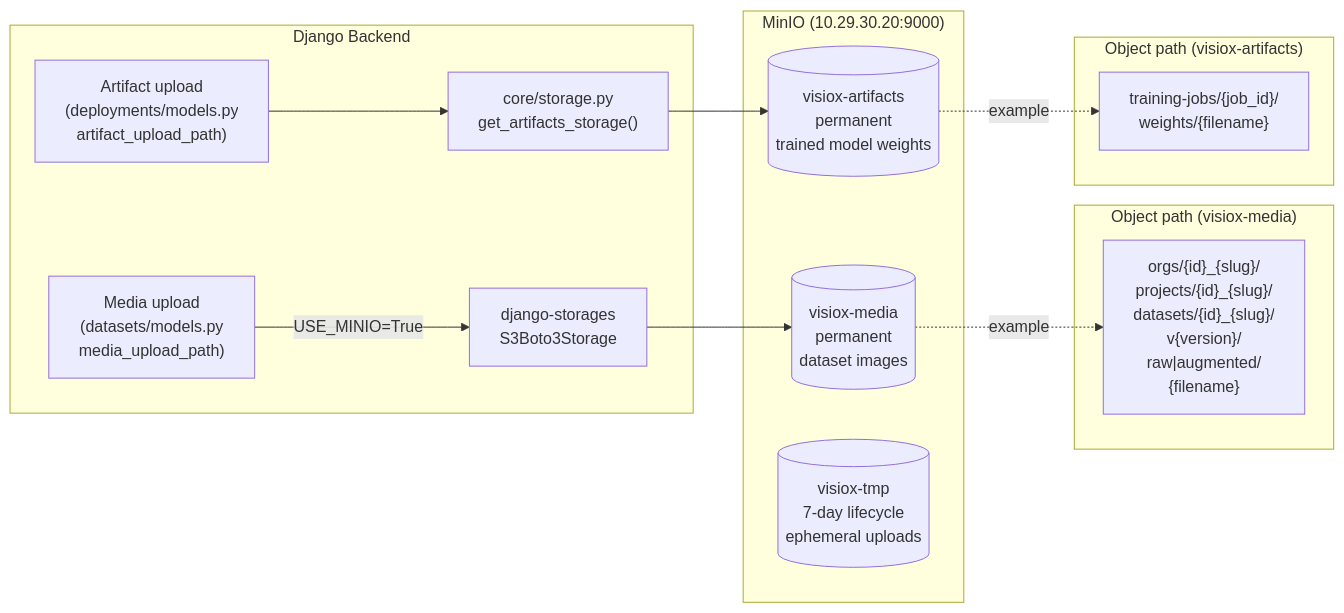
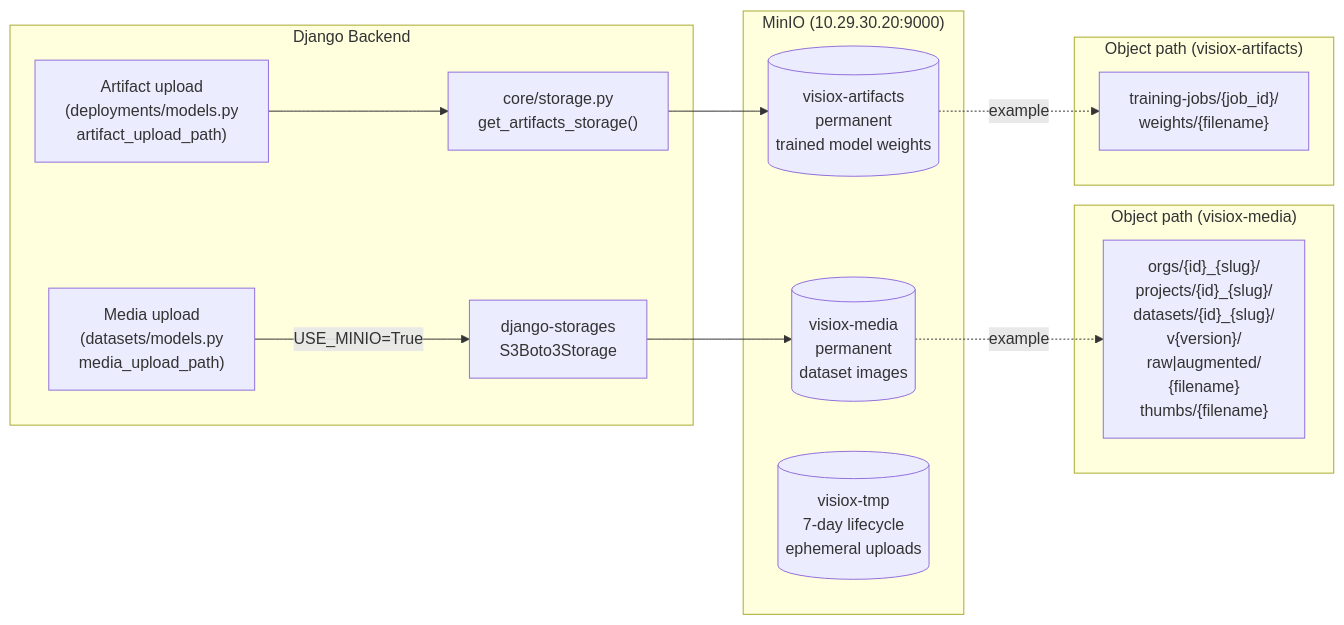
Before and after one commit to the-visiox/visiox: diagram 12 of 12 in docs/ARCHITECTURE_DIAGRAMS.md, drawn with Mermaid. The commit also changed 11 other files, not shown here.

````diff
--- a/docs/ARCHITECTURE_DIAGRAMS.md
+++ b/docs/ARCHITECTURE_DIAGRAMS.md
@@ -504,29 +504,29 @@
 ```mermaid
 flowchart LR
     subgraph Django["Django Backend"]
         Upload["Media upload\n(datasets/models.py\nmedia_upload_path)"]
         ArtifactUpload["Artifact upload\n(deployments/models.py\nartifact_upload_path)"]
         Storage["django-storages\nS3Boto3Storage"]
         ArtifactStorage["core/storage.py\nget_artifacts_storage()"]
     end
 
     subgraph MinIO["MinIO  (10.29.30.20:9000)"]
         M1[("visiox-media\npermanent\ndataset images")]
         M2[("visiox-artifacts\npermanent\ntrained model weights")]
         M3[("visiox-tmp\n7-day lifecycle\nephemeral uploads")]
     end
 
     Upload -->|"USE_MINIO=True"| Storage --> M1
     ArtifactUpload --> ArtifactStorage --> M2
 
     subgraph Path["Object path  (visiox-media)"]
-        P["orgs/{id}_{slug}/\n  projects/{id}_{slug}/\n    datasets/{id}_{slug}/\n      v{version}/\n        raw|augmented/\n          {filename}"]
+        P["orgs/{id}_{slug}/\n  projects/{id}_{slug}/\n    datasets/{id}_{slug}/\n      v{version}/\n        raw|augmented/\n          {filename}\n          thumbs/{filename}"]
     end
 
     subgraph Path2["Object path  (visiox-artifacts)"]
         P2["training-jobs/{job_id}/\n  weights/{filename}"]
     end
 
     M1 -.->|example| P
     M2 -.->|example| P2
 ```
````
